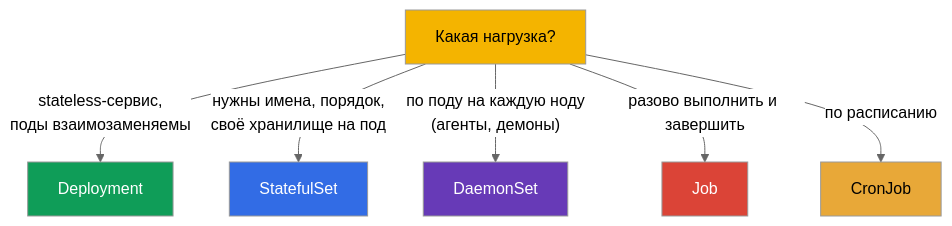
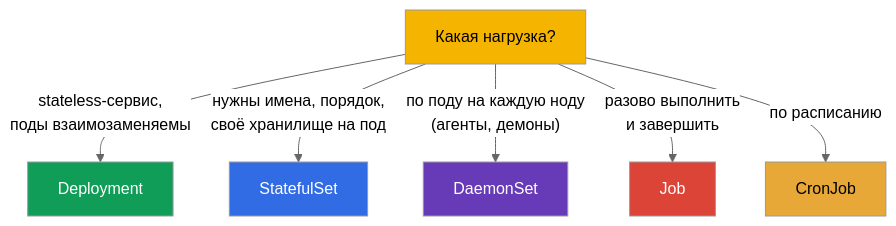
The fifth of 5 diagrams in tasks/cka/course/11/ru.md (ViktorUJ/cks), drawn with Mermaid (neutral theme) before and after one commit. The commit also changed 3 other files, not shown here.

````diff
--- a/tasks/cka/course/11/ru.md
+++ b/tasks/cka/course/11/ru.md
@@ -209,15 +209,15 @@
 ```mermaid
 flowchart TB
     q["Какая нагрузка?"]
     q -->|"stateless-сервис,<br>поды взаимозаменяемы"| dep["Deployment"]
     q -->|"нужны имена, порядок,<br>своё хранилище на под"| sts["StatefulSet"]
     q -->|"по поду на каждую ноду<br>(агенты, демоны)"| ds["DaemonSet"]
-    q -->|"разово выполнить и завершить"| job["Job"]
+    q -->|"разово выполнить<br>и завершить"| job["Job"]
     q -->|"по расписанию"| cron["CronJob"]
     style q fill:#f4b400,color:#000
     style dep fill:#0f9d58,color:#fff
     style sts fill:#326ce5,color:#fff
     style ds fill:#673ab7,color:#fff
     style job fill:#db4437,color:#fff
     style cron fill:#e8a838,color:#000
 ```
````
